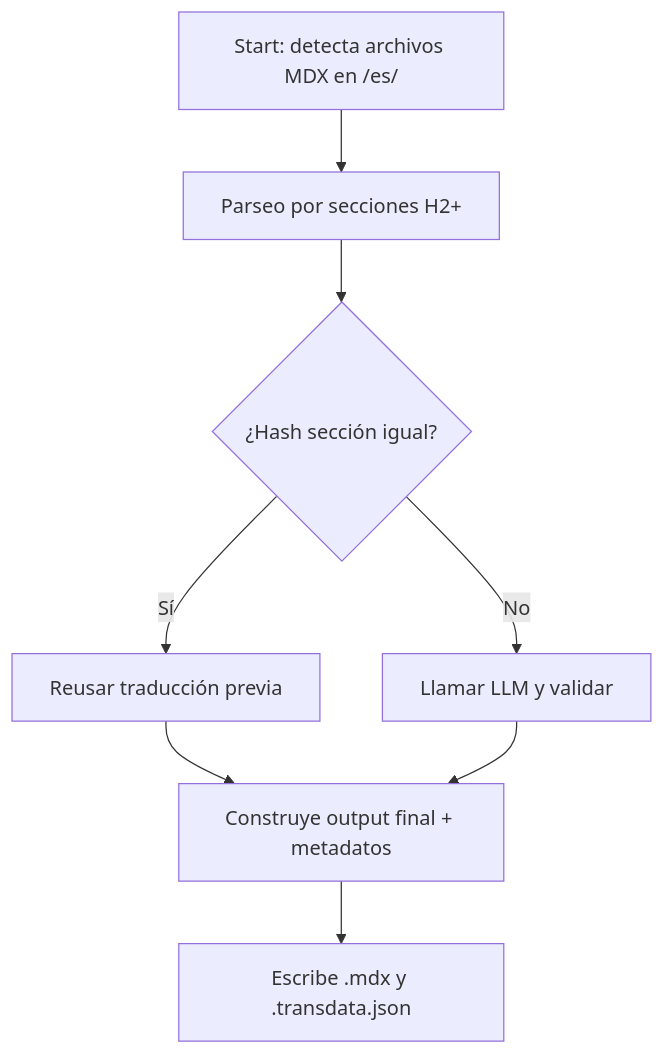
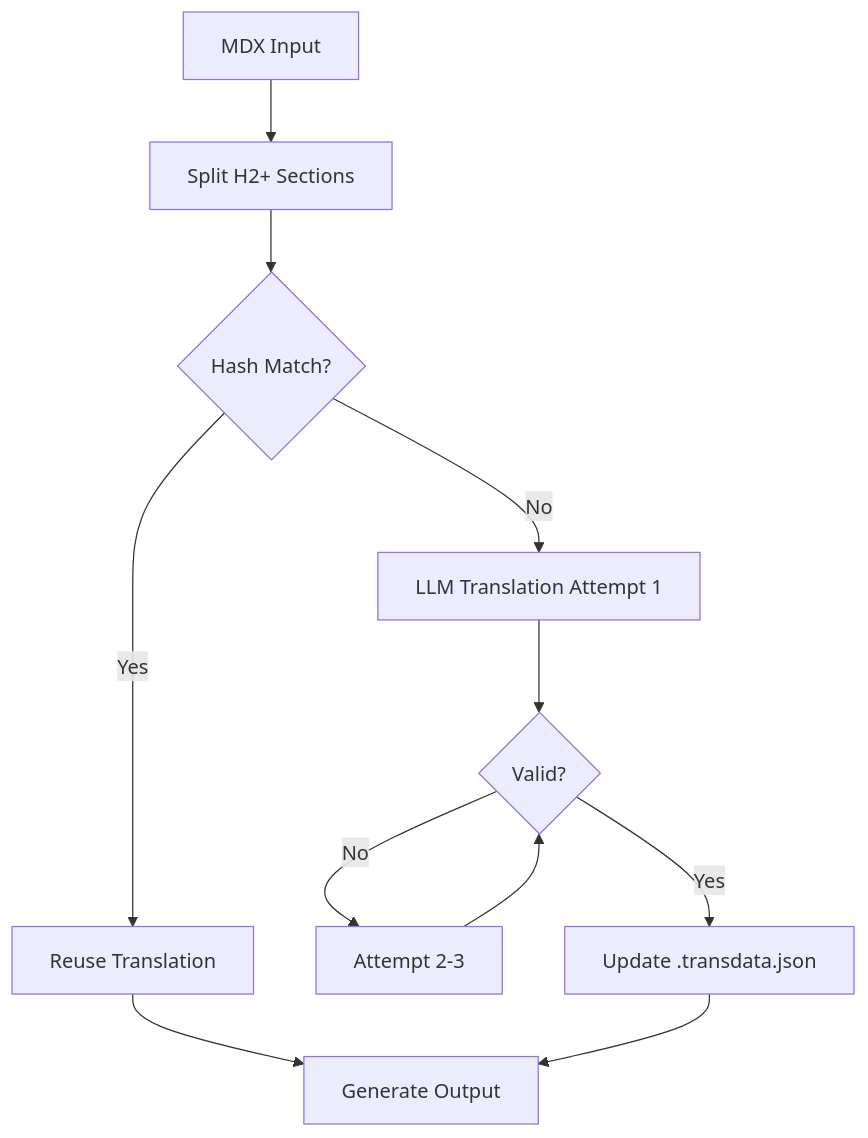
One commit to solidyne/docs changed the diagram in scripts/pipeline-docs/FLOW.md. Above: the diagram before and after it, drawn with Mermaid. The commit also changed other lines of this file and 8 other files, not shown here.

````diff
--- a/scripts/pipeline-docs/FLOW.md
+++ b/scripts/pipeline-docs/FLOW.md
@@ -5,9 +3,12 @@
 ```mermaid
 graph TD
-  A[Start: detecta archivos MDX en /es/] --> B[Parseo por secciones H2+]
-  B --> C{¿Hash sección igual?}
-  C -- Sí --> D[Reusar traducción previa]
-  C -- No --> E[Llamar LLM y validar]
-  D & E --> F[Construye output final + metadatos]
-  F --> G[Escribe .mdx y .transdata.json]
+    A[MDX Input] --> B[Split H2+ Sections]
+    B --> C{Hash Match?}
+    C -->|Yes| D[Reuse Translation]
+    C -->|No| E[LLM Translation Attempt 1]
+    E --> F{Valid?}
+    F -->|No| G[Attempt 2-3]
+    G --> F
+    F -->|Yes| H[Update .transdata.json]
+    D & H --> I[Generate Output]
 ```
````
